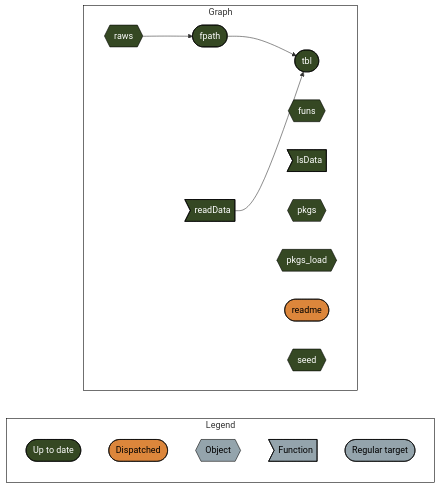
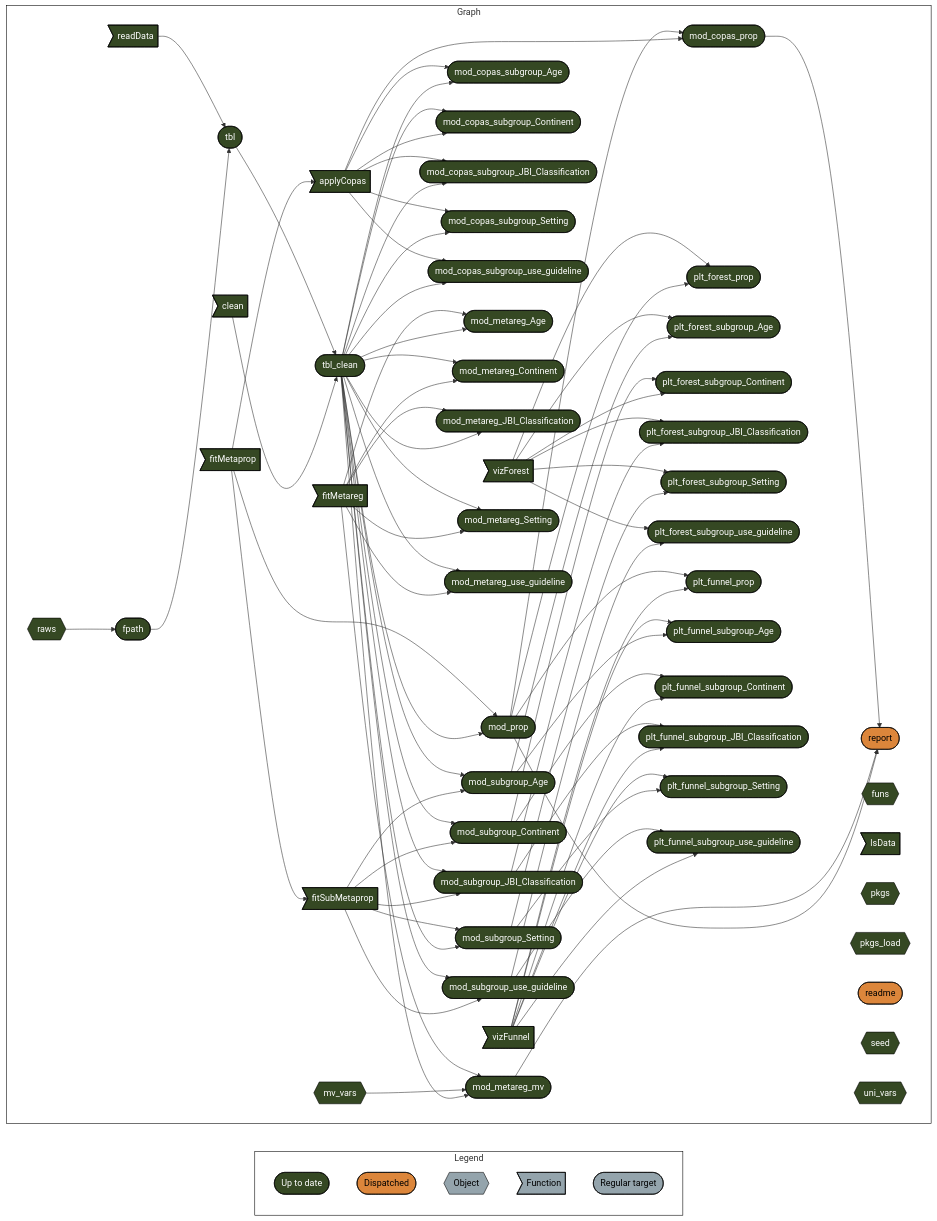
One commit to namakala/inappropriate-acid-suppressor-agent-use changed the diagram in README.md. Above: the diagram before and after it, drawn with Mermaid. The commit also changed other lines of this file and 4 other files, not shown here.

```diff
--- a/README.md
+++ b/README.md
@@ -79,15 +113,84 @@
   end
   subgraph Graph
     direction LR
+    x5dff8c58de5d2474>"fitMetaprop"]:::uptodate --> x7eb7ec8b928bf3d4>"applyCopas"]:::uptodate
+    x5dff8c58de5d2474>"fitMetaprop"]:::uptodate --> xac1004accd2b2369>"fitSubMetaprop"]:::uptodate
     x1f6d76ea8940cecf{{"raws"}}:::uptodate --> xe58bddd751ff431b(["fpath"]):::uptodate
+    xc9a7d51c10351514(["mod_prop"]):::uptodate --> x223914bceffbfe17(["mod_copas_prop"]):::uptodate
+    x7eb7ec8b928bf3d4>"applyCopas"]:::uptodate --> x223914bceffbfe17(["mod_copas_prop"]):::uptodate
+    x7eb7ec8b928bf3d4>"applyCopas"]:::uptodate --> x02d8553461f5dde5(["mod_copas_subgroup_Age"]):::uptodate
+    x6a69877b80bc58a3(["tbl_clean"]):::uptodate --> x02d8553461f5dde5(["mod_copas_subgroup_Age"]):::uptodate
+    x6a69877b80bc58a3(["tbl_clean"]):::uptodate --> xc6f6ae3b45503994(["mod_copas_subgroup_Continent"]):::uptodate
+    x7eb7ec8b928bf3d4>"applyCopas"]:::uptodate --> xc6f6ae3b45503994(["mod_copas_subgroup_Continent"]):::uptodate
+    x7eb7ec8b928bf3d4>"applyCopas"]:::uptodate --> x1aecdb30a7620f96(["mod_copas_subgroup_JBI_Classification"]):::uptodate
+    x6a69877b80bc58a3(["tbl_clean"]):::uptodate --> x1aecdb30a7620f96(["mod_copas_subgroup_JBI_Classification"]):::uptodate
+    x7eb7ec8b928bf3d4>"applyCopas"]:::uptodate --> xc488aff44584f31a(["mod_copas_subgroup_Setting"]):::uptodate
+    x6a69877b80bc58a3(["tbl_clean"]):::uptodate --> xc488aff44584f31a(["mod_copas_subgroup_Setting"]):::uptodate
+    x7eb7ec8b928bf3d4>"applyCopas"]:::uptodate --> xa14836f915ec5c71(["mod_copas_subgroup_use_guideline"]):::uptodate
+    x6a69877b80bc58a3(["tbl_clean"]):::uptodate --> xa14836f915ec5c71(["mod_copas_subgroup_use_guideline"]):::uptodate
+    x639f059ad651f361>"fitMetareg"]:::uptodate --> xa65024d1ee8b4bbe(["mod_metareg_Age"]):::uptodate
+    x6a69877b80bc58a3(["tbl_clean"]):::uptodate --> xa65024d1ee8b4bbe(["mod_metareg_Age"]):::uptodate
+    x6a69877b80bc58a3(["tbl_clean"]):::uptodate --> x75502a62ba289520(["mod_metareg_Continent"]):::uptodate
+    x639f059ad651f361>"fitMetareg"]:::uptodate --> x75502a62ba289520(["mod_metareg_Continent"]):::uptodate
+    x639f059ad651f361>"fitMetareg"]:::uptodate --> xead2bc80766185cd(["mod_metareg_JBI_Classification"]):::uptodate
+    x6a69877b80bc58a3(["tbl_clean"]):::uptodate --> xead2bc80766185cd(["mod_metareg_JBI_Classification"]):::uptodate
+    x639f059ad651f361>"fitMetareg"]:::uptodate --> xfe33c20f66d5d154(["mod_metareg_mv"]):::uptodate
+    x545c253ca50bea58{{"mv_vars"}}:::uptodate --> xfe33c20f66d5d154(["mod_metareg_mv"]):::uptodate
+    x6a69877b80bc58a3(["tbl_clean"]):::uptodate --> xfe33c20f66d5d154(["mod_metareg_mv"]):::uptodate
+    x6a69877b80bc58a3(["tbl_clean"]):::uptodate --> xb86f501a4301a828(["mod_metareg_Setting"]):::uptodate
+    x639f059ad651f361>"fitMetareg"]:::uptodate --> xb86f501a4301a828(["mod_metareg_Setting"]):::uptodate
+    x6a69877b80bc58a3(["tbl_clean"]):::uptodate --> x88b6d2e04ca27042(["mod_metareg_use_guideline"]):::uptodate
+    x639f059ad651f361>"fitMetareg"]:::uptodate --> x88b6d2e04ca27042(["mod_metareg_use_guideline"]):::uptodate
+    x5dff8c58de5d2474>"fitMetaprop"]:::uptodate --> xc9a7d51c10351514(["mod_prop"]):::uptodate
+    x6a69877b80bc58a3(["tbl_clean"]):::uptodate --> xc9a7d51c10351514(["mod_prop"]):::uptodate
+    x6a69877b80bc58a3(["tbl_clean"]):::uptodate --> x22c8765ea39e8148(["mod_subgroup_Age"]):::uptodate
+    xac1004accd2b2369>"fitSubMetaprop"]:::uptodate --> x22c8765ea39e8148(["mod_subgroup_Age"]):::uptodate
+    x6a69877b80bc58a3(["tbl_clean"]):::uptodate --> xb7e34ea468d66f6a(["mod_subgroup_Continent"]):::uptodate
+    xac1004accd2b2369>"fitSubMetaprop"]:::uptodate --> xb7e34ea468d66f6a(["mod_subgroup_Continent"]):::uptodate
+    x6a69877b80bc58a3(["tbl_clean"]):::uptodate --> xcd1fd8b29cc35d78(["mod_subgroup_JBI_Classification"]):::uptodate
+    xac1004accd2b2369>"fitSubMetaprop"]:::uptodate --> xcd1fd8b29cc35d78(["mod_subgroup_JBI_Classification"]):::uptodate
+    xac1004accd2b2369>"fitSubMetaprop"]:::uptodate --> x38d8e45c98f319d4(["mod_subgroup_Setting"]):::uptodate
+    x6a69877b80bc58a3(["tbl_clean"]):::uptodate --> x38d8e45c98f319d4(["mod_subgroup_Setting"]):::uptodate
+    x6a69877b80bc58a3(["tbl_clean"]):::uptodate --> x9dbacfb24c24b217(["mod_subgroup_use_guideline"]):::uptodate
+    xac1004accd2b2369>"fitSubMetaprop"]:::uptodate --> x9dbacfb24c24b217(["mod_subgroup_use_guideline"]):::uptodate
+    x8937e3114e3b8573>"vizForest"]:::uptodate --> xc8f7dd712d7001fb(["plt_forest_prop"]):::uptodate
+    xc9a7d51c10351514(["mod_prop"]):::uptodate --> xc8f7dd712d7001fb(["plt_forest_prop"]):::uptodate
+    x8937e3114e3b8573>"vizForest"]:::uptodate --> x67c75ccc0baa4cc0(["plt_forest_subgroup_Age"]):::uptodate
+    x22c8765ea39e8148(["mod_subgroup_Age"]):::uptodate --> x67c75ccc0baa4cc0(["plt_forest_subgroup_Age"]):::uptodate
+    xb7e34ea468d66f6a(["mod_subgroup_Continent"]):::uptodate --> x75d1f7588e48e835(["plt_forest_subgroup_Continent"]):::uptodate
+    x8937e3114e3b8573>"vizForest"]:::uptodate --> x75d1f7588e48e835(["plt_forest_subgroup_Continent"]):::uptodate
+    x8937e3114e3b8573>"vizForest"]:::uptodate --> x54711bec2d451b78(["plt_forest_subgroup_JBI_Classification"]):::uptodate
+    xcd1fd8b29cc35d78(["mod_subgroup_JBI_Classification"]):::uptodate --> x54711bec2d451b78(["plt_forest_subgroup_JBI_Classification"]):::uptodate
+    x8937e3114e3b8573>"vizForest"]:::uptodate --> x2844191fa149f269(["plt_forest_subgroup_Setting"]):::uptodate
+    x38d8e45c98f319d4(["mod_subgroup_Setting"]):::uptodate --> x2844191fa149f269(["plt_forest_subgroup_Setting"]):::uptodate
+    x8937e3114e3b8573>"vizForest"]:::uptodate --> x879d4f0d1b815db1(["plt_forest_subgroup_use_guideline"]):::uptodate
+    x9dbacfb24c24b217(["mod_subgroup_use_guideline"]):::uptodate --> x879d4f0d1b815db1(["plt_forest_subgroup_use_guideline"]):::uptodate
+    xc9a7d51c10351514(["mod_prop"]):::uptodate --> x2df37bb8b0aae347(["plt_funnel_prop"]):::uptodate
+    xfde01df06a20a6ac>"vizFunnel"]:::uptodate --> x2df37bb8b0aae347(["plt_funnel_prop"]):::uptodate
+    xfde01df06a20a6ac>"vizFunnel"]:::uptodate --> x4d9e2365f0ba740b(["plt_funnel_subgroup_Age"]):::uptodate
+    x22c8765ea39e8148(["mod_subgroup_Age"]):::uptodate --> x4d9e2365f0ba740b(["plt_funnel_subgroup_Age"]):::uptodate
+    xb7e34ea468d66f6a(["mod_subgroup_Continent"]):::uptodate --> x266d3dcd2263403f(["plt_funnel_subgroup_Continent"]):::uptodate
+    xfde01df06a20a6ac>"vizFunnel"]:::uptodate --> x266d3dcd2263403f(["plt_funnel_subgroup_Continent"]):::uptodate
+    xcd1fd8b29cc35d78(["mod_subgroup_JBI_Classification"]):::uptodate --> x48dc94eb7995555d(["plt_funnel_subgroup_JBI_Classification"]):::uptodate
+    xfde01df06a20a6ac>"vizFunnel"]:::uptodate --> x48dc94eb7995555d(["plt_funnel_subgroup_JBI_Classification"]):::uptodate
+    xfde01df06a20a6ac>"vizFunnel"]:::uptodate --> xd7a8a3e1d914ccee(["plt_funnel_subgroup_Setting"]):::uptodate
+    x38d8e45c98f319d4(["mod_subgroup_Setting"]):::uptodate --> xd7a8a3e1d914ccee(["plt_funnel_subgroup_Setting"]):::uptodate
+    x9dbacfb24c24b217(["mod_subgroup_use_guideline"]):::uptodate --> x8fbb7f3069c2f2a7(["plt_funnel_subgroup_use_guideline"]):::uptodate
+    xfde01df06a20a6ac>"vizFunnel"]:::uptodate --> x8fbb7f3069c2f2a7(["plt_funnel_subgroup_use_guideline"]):::uptodate
+    x223914bceffbfe17(["mod_copas_prop"]):::uptodate --> xb72891f20a5b8df1(["report"]):::dispatched
+    xfe33c20f66d5d154(["mod_metareg_mv"]):::uptodate --> xb72891f20a5b8df1(["report"]):::dispatched
+    xc9a7d51c10351514(["mod_prop"]):::uptodate --> xb72891f20a5b8df1(["report"]):::dispatched
+    x18b26034ab3a95e2>"readData"]:::uptodate --> xb24e8ba9befc2f2c(["tbl"]):::uptodate
     xe58bddd751ff431b(["fpath"]):::uptodate --> xb24e8ba9befc2f2c(["tbl"]):::uptodate
-    x18b26034ab3a95e2>"readData"]:::uptodate --> xb24e8ba9befc2f2c(["tbl"]):::uptodate
+    xb24e8ba9befc2f2c(["tbl"]):::uptodate --> x6a69877b80bc58a3(["tbl_clean"]):::uptodate
+    x56e6f9636c2a0bcf>"clean"]:::uptodate --> x6a69877b80bc58a3(["tbl_clean"]):::uptodate
     x07bf962581a33ad1{{"funs"}}:::uptodate
     x3eac3c5af5491b67>"lsData"]:::uptodate
     x2f12837377761a1b{{"pkgs"}}:::uptodate
     x026e3308cd8be8b9{{"pkgs_load"}}:::uptodate
     xc11069275cfeb620(["readme"]):::dispatched
     x4d3ec24f81457d7f{{"seed"}}:::uptodate
+    x49c7bdad2ca8f05f{{"uni_vars"}}:::uptodate
   end
   classDef uptodate stroke:#000000,color:#ffffff,fill:#354823;
   classDef dispatched stroke:#000000,color:#000000,fill:#DC863B;
```
